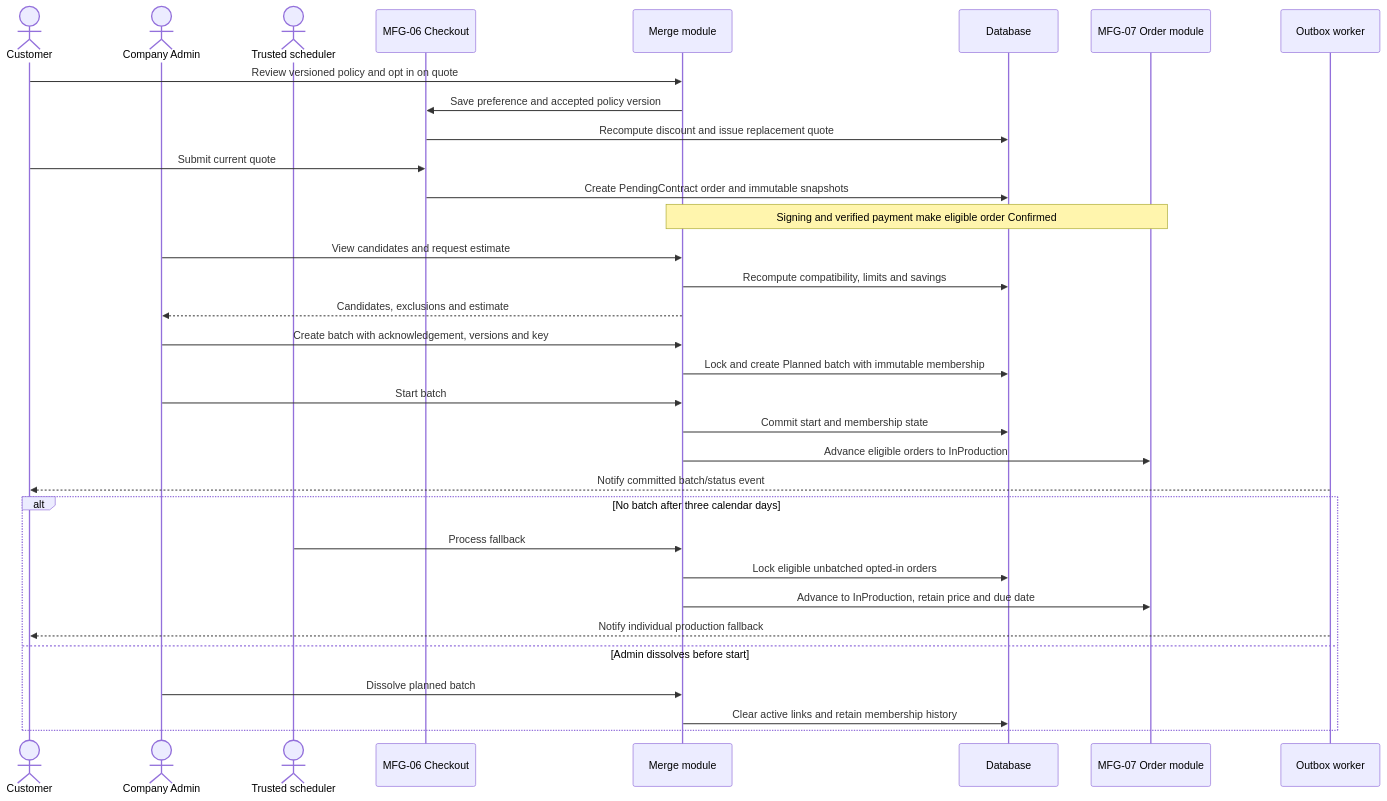
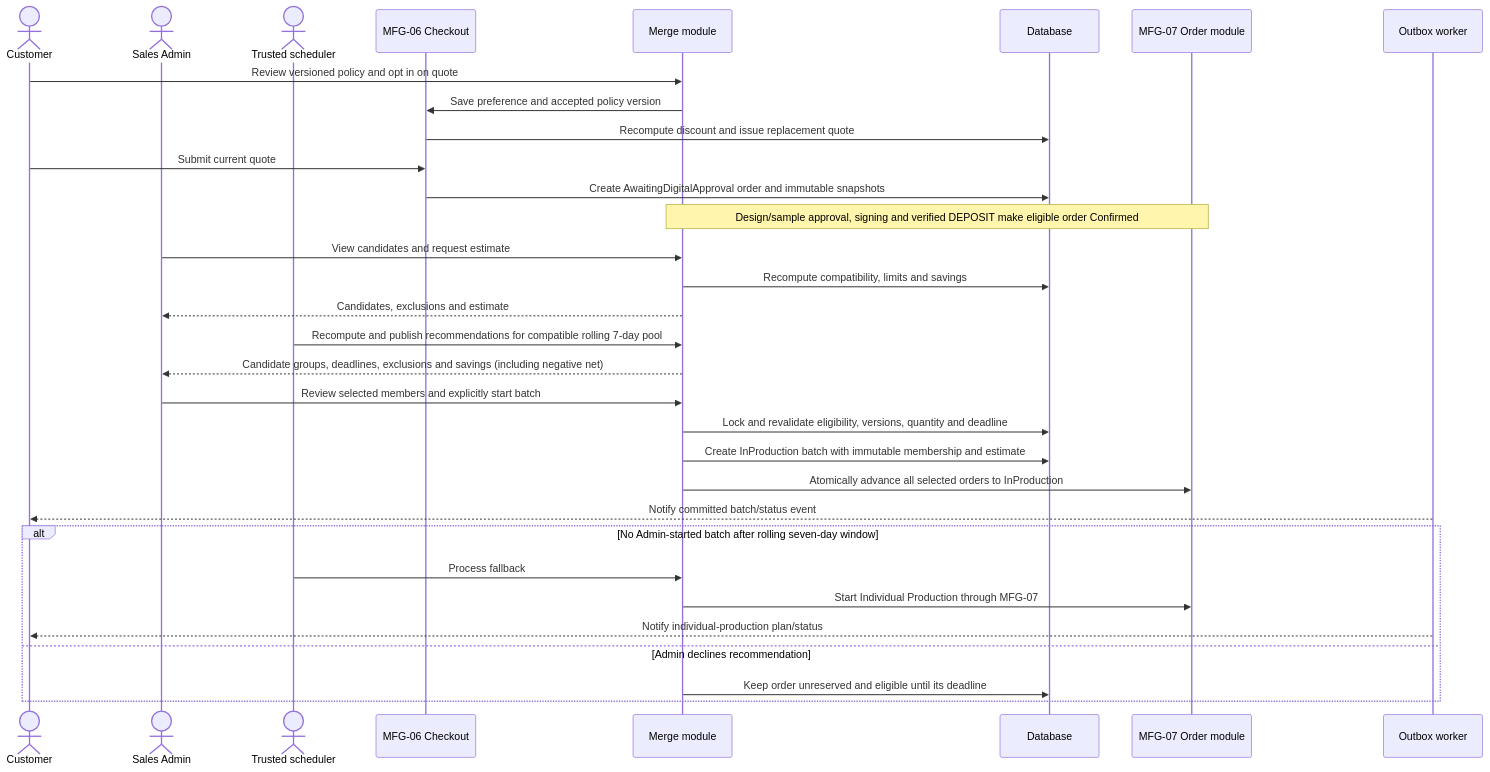
Before and after one commit to ankhanhwork/weavelink-project: the second of 2 diagrams in specs/spec-MFG-10.md, drawn with Mermaid. The commit also changed other lines of this file and 101 other files, not shown here.

````diff
--- a/specs/spec-MFG-10.md
+++ b/specs/spec-MFG-10.md
@@ -84,35 +87,34 @@
 ```mermaid
 sequenceDiagram
     actor Customer as Customer
-    actor CompanyAdmin as Company Admin
+    actor SalesAdmin as Sales Admin
     actor Scheduler as Trusted scheduler
     participant CheckoutModule as MFG-06 Checkout
     participant MergeModule as Merge module
     participant Database as Database
     participant OrderModule as MFG-07 Order module
     participant OutboxWorker as Outbox worker
     Customer->>MergeModule: Review versioned policy and opt in on quote
     MergeModule->>CheckoutModule: Save preference and accepted policy version
     CheckoutModule->>Database: Recompute discount and issue replacement quote
     Customer->>CheckoutModule: Submit current quote
-    CheckoutModule->>Database: Create PendingContract order and immutable snapshots
-    Note over OrderModule,MergeModule: Signing and verified payment make eligible order Confirmed
-    CompanyAdmin->>MergeModule: View candidates and request estimate
+    CheckoutModule->>Database: Create AwaitingDigitalApproval order and immutable snapshots
+    Note over OrderModule,MergeModule: Design/sample approval, signing and verified DEPOSIT make eligible order Confirmed
+    SalesAdmin->>MergeModule: View candidates and request estimate
     MergeModule->>Database: Recompute compatibility, limits and savings
-    MergeModule-->>CompanyAdmin: Candidates, exclusions and estimate
-    CompanyAdmin->>MergeModule: Create batch with acknowledgement, versions and key
-    MergeModule->>Database: Lock and create Planned batch with immutable membership
-    CompanyAdmin->>MergeModule: Start batch
-    MergeModule->>Database: Commit start and membership state
-    MergeModule->>OrderModule: Advance eligible orders to InProduction
+    MergeModule-->>SalesAdmin: Candidates, exclusions and estimate
+    Scheduler->>MergeModule: Recompute and publish recommendations for compatible rolling 7-day pool
+    MergeModule-->>SalesAdmin: Candidate groups, deadlines, exclusions and savings (including negative net)
+    SalesAdmin->>MergeModule: Review selected members and explicitly start batch
+    MergeModule->>Database: Lock and revalidate eligibility, versions, quantity and deadline
+    MergeModule->>Database: Create InProduction batch with immutable membership and estimate
+    MergeModule->>OrderModule: Atomically advance all selected orders to InProduction
     OutboxWorker-->>Customer: Notify committed batch/status event
-    alt No batch after three calendar days
+    alt No Admin-started batch after rolling seven-day window
         Scheduler->>MergeModule: Process fallback
-        MergeModule->>Database: Lock eligible unbatched opted-in orders
-        MergeModule->>OrderModule: Advance to InProduction, retain price and due date
-        OutboxWorker-->>Customer: Notify individual production fallback
-    else Admin dissolves before start
-        CompanyAdmin->>MergeModule: Dissolve planned batch
-        MergeModule->>Database: Clear active links and retain membership history
+        MergeModule->>OrderModule: Start Individual Production through MFG-07
+        OutboxWorker-->>Customer: Notify individual-production plan/status
+    else Admin declines recommendation
+        MergeModule->>Database: Keep order unreserved and eligible until its deadline
     end
 ```
````
